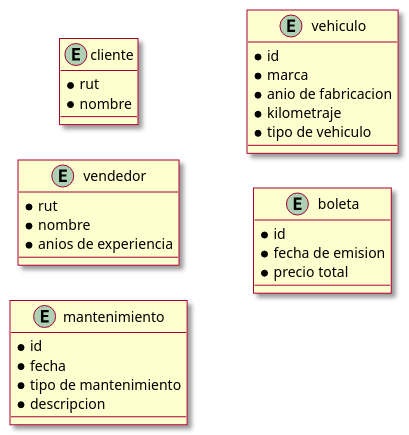
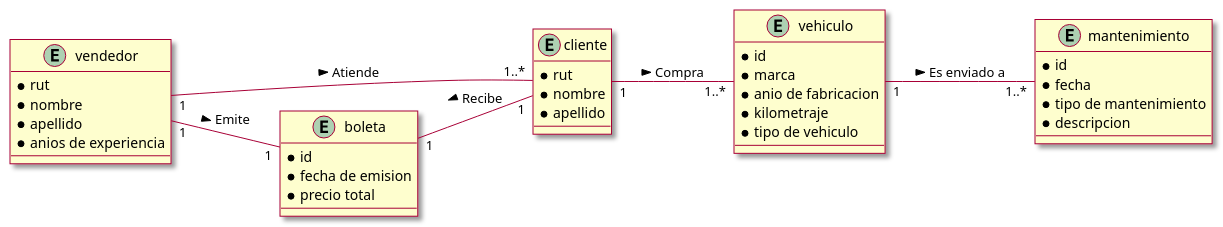
The diagram in src/Dominio.puml (vidente130/Taller-N-4), drawn with PlantUML before and after one commit.

Commit message:
actualizacion de dominio 2
ahora se agregaron las conexiones

```diff
--- a/src/Dominio.puml
+++ b/src/Dominio.puml
@@ -1,41 +1,53 @@
 @startuml
 'https://plantuml.com/sequence-diagram
 
 left to right direction
 skin rose
 
 entity cliente{
 *rut
 *nombre
+*apellido
 }
 
 entity vendedor {
 *rut
 *nombre
+*apellido
 *anios de experiencia
 }
 
 entity mantenimiento{
 *id
 *fecha
 *tipo de mantenimiento
 *descripcion
 }
 
 entity vehiculo{
 *id
 *marca
 *anio de fabricacion
 *kilometraje
 *tipo de vehiculo
 }
 
 entity boleta{
 *id
 *fecha de emision
 *precio total
 }
 
+vendedor"1" --"1" boleta: > Emite
+
+vendedor"1" -- "1..*" cliente: > Atiende
+
+boleta"1" -- "1"cliente: Recibe <
+
+cliente"1" --"1..*" vehiculo: > Compra
+
+vehiculo "1" -- "1..*" mantenimiento: > Es enviado a
+
 
 
 @enduml
```
